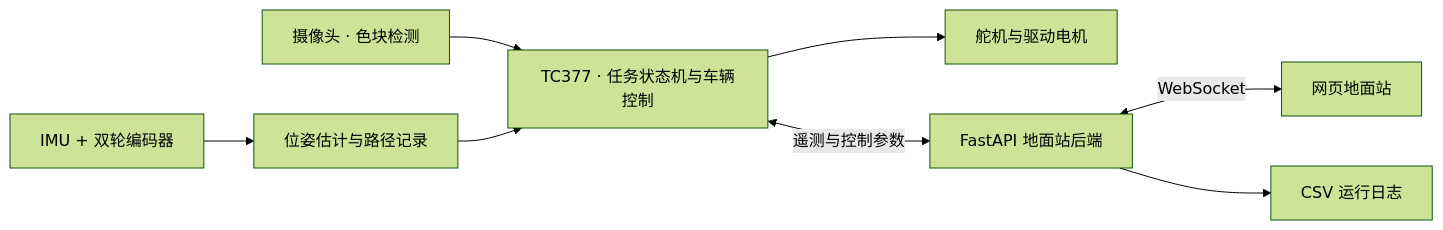
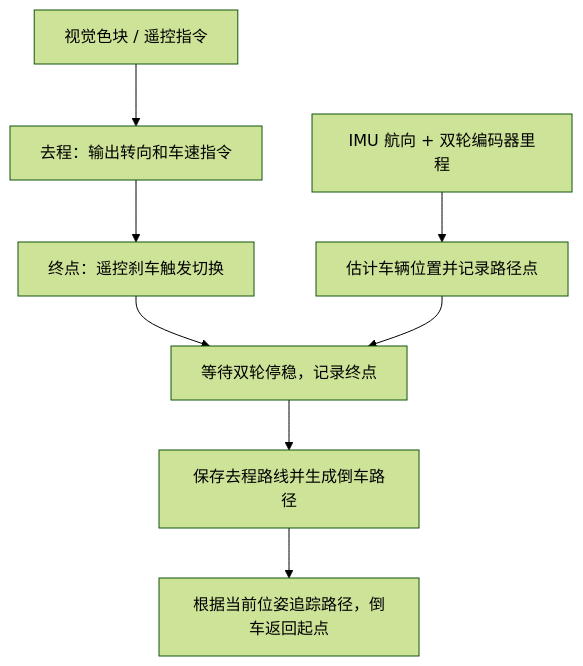
One commit to Tansir11/engineering-portfolio changed the diagram in README.md. Above: the diagram before and after it, drawn with Mermaid (forest theme). The commit also changed other lines of this file, not shown here.

````diff
--- a/README.md
+++ b/README.md
@@ -19,10 +19,10 @@
 ```mermaid
-flowchart LR
-    CAM["摄像头 · 色块检测"] --> CTRL["TC377 · 任务状态机与车辆控制"]
-    IMU["IMU + 双轮编码器"] --> POSE["位姿估计与路径记录"]
-    POSE --> CTRL
-    CTRL --> DRIVE["舵机与驱动电机"]
-    CTRL <-->|遥测与控制参数| PC["FastAPI 地面站后端"]
-    PC <-->|WebSocket| WEB["网页地面站"]
-    PC --> CSV["CSV 运行日志"]
+flowchart TD
+    A["视觉色块 / 遥控指令"] --> B["去程：输出转向和车速指令"]
+    C["IMU 航向 + 双轮编码器里程"] --> D["估计车辆位置并记录路径点"]
+    B --> E["终点：遥控刹车触发切换"]
+    E --> F["等待双轮停稳，记录终点"]
+    D --> F
+    F --> G["保存去程路线并生成倒车路径"]
+    G --> H["根据当前位姿追踪路径，倒车返回起点"]
 ```
````
